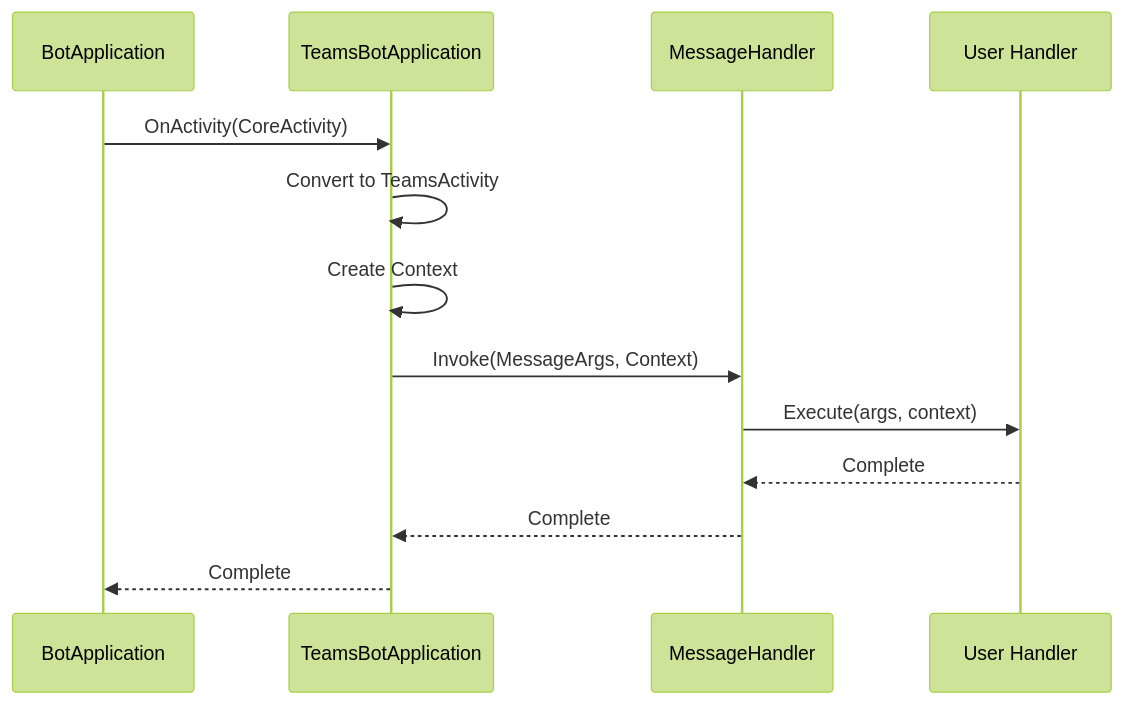
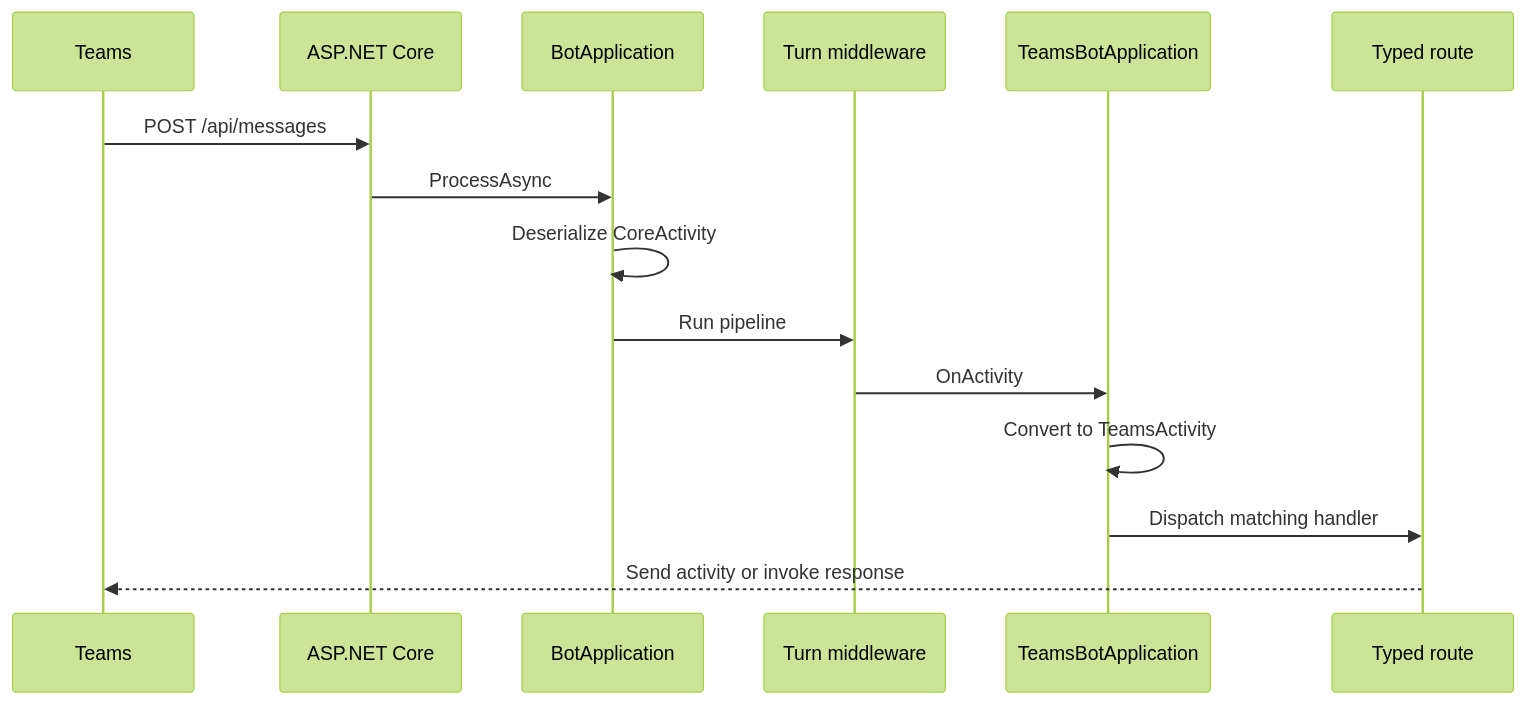
One commit to microsoft/teams.net changed the second of 3 diagrams in core/docs/Architecture.md. Above: the diagram before and after it, drawn with Mermaid (forest theme). The commit also changed other lines of this file and 1 other file, not shown here.

````diff
--- a/core/docs/Architecture.md
+++ b/core/docs/Architecture.md
@@ -268,16 +27,18 @@
 ```mermaid
 sequenceDiagram
+    participant Teams
+    participant Host as ASP.NET Core
     participant Core as BotApplication
-    participant Teams as TeamsBotApplication
-    participant Handler as MessageHandler
-    participant UserCode as User Handler
+    participant Middleware as Turn middleware
+    participant Apps as TeamsBotApplication
+    participant Route as Typed route
 
-    Core->>Teams: OnActivity(CoreActivity)
-    Teams->>Teams: Convert to TeamsActivity
-    Teams->>Teams: Create Context
-    Teams->>Handler: Invoke(MessageArgs, Context)
-    Handler->>UserCode: Execute(args, context)
-    UserCode-->>Handler: Complete
-    Handler-->>Teams: Complete
-    Teams-->>Core: Complete
+    Teams->>Host: POST /api/messages
+    Host->>Core: ProcessAsync
+    Core->>Core: Deserialize CoreActivity
+    Core->>Middleware: Run pipeline
+    Middleware->>Apps: OnActivity
+    Apps->>Apps: Convert to TeamsActivity
+    Apps->>Route: Dispatch matching handler
+    Route-->>Teams: Send activity or invoke response
 ```
````
